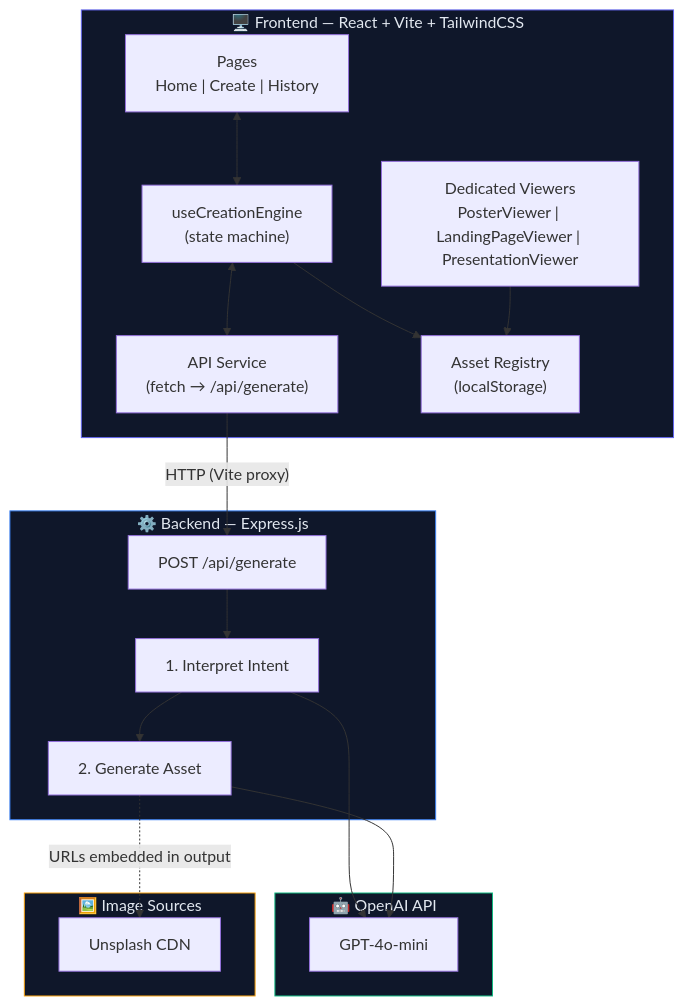
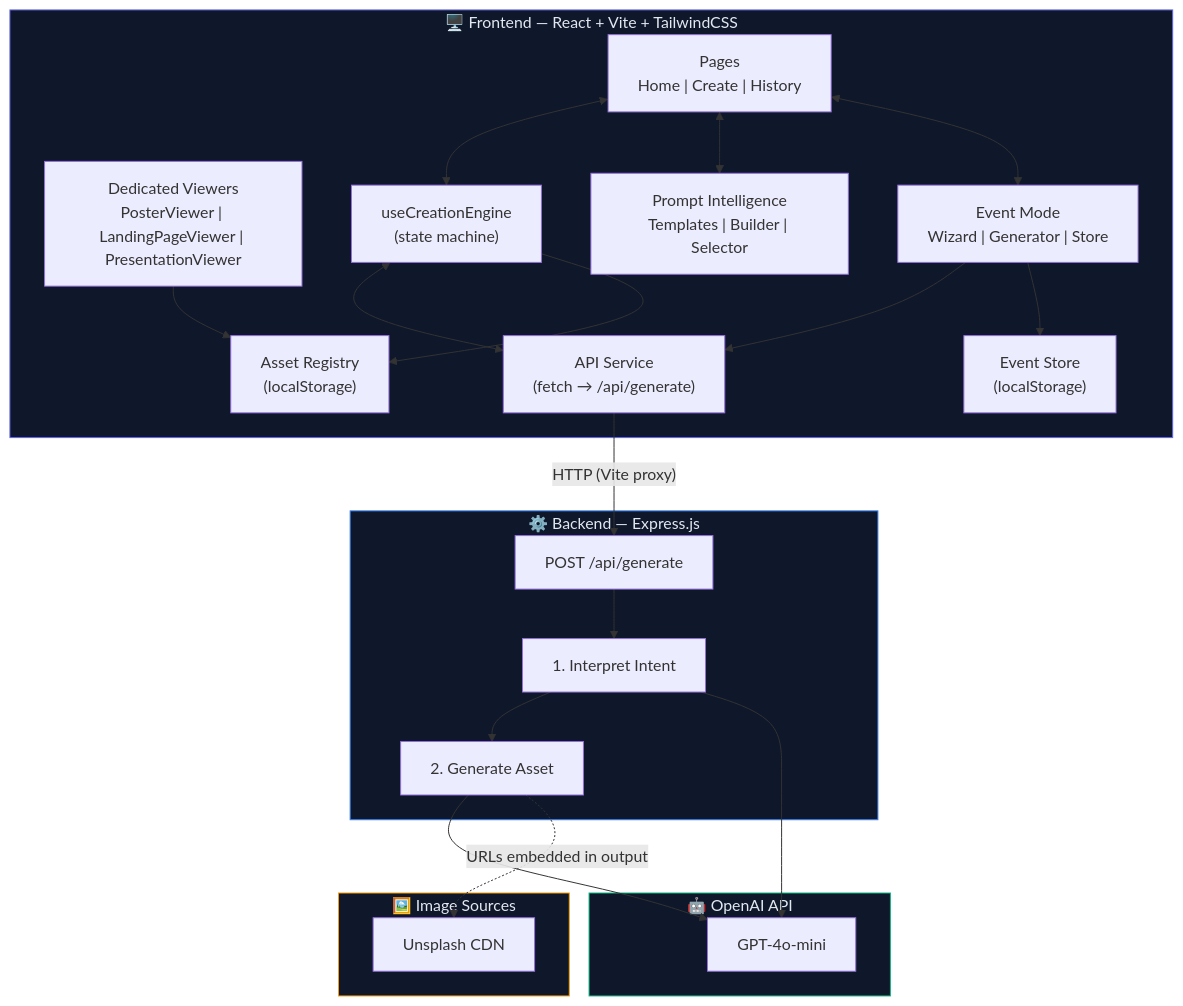
The fifth of 7 diagrams in README.md (nitinog10/Campus-Os), drawn with Mermaid before and after one commit. The commit also changed other lines of this file, not shown here.

````diff
--- a/README.md
+++ b/README.md
@@ -201,42 +226,49 @@
 ```mermaid
 graph TB
     subgraph Client["🖥️ Frontend — React + Vite + TailwindCSS"]
         Pages["Pages\nHome | Create | History"]
         Viewers["Dedicated Viewers\nPosterViewer | LandingPageViewer | PresentationViewer"]
+        PromptIntel["Prompt Intelligence\nTemplates | Builder | Selector"]
+        EventMode["Event Mode\nWizard | Generator | Store"]
         Hook["useCreationEngine\n(state machine)"]
         APIClient["API Service\n(fetch → /api/generate)"]
         Registry["Asset Registry\n(localStorage)"]
+        EventStore["Event Store\n(localStorage)"]
         
         Pages <--> Hook
+        Pages <--> PromptIntel
+        Pages <--> EventMode
         Hook <--> APIClient
         Hook --> Registry
+        EventMode --> APIClient
+        EventMode --> EventStore
         Viewers --> Registry
     end
     
     subgraph Server["⚙️ Backend — Express.js"]
         Router["POST /api/generate"]
         IntentStep["1. Interpret Intent"]
         GenStep["2. Generate Asset"]
         
         Router --> IntentStep
         IntentStep --> GenStep
     end
     
     subgraph AI["🤖 OpenAI API"]
         GPT["GPT-4o-mini"]
     end
     
     subgraph Images["🖼️ Image Sources"]
         Unsplash["Unsplash CDN"]
     end
     
     APIClient -->|"HTTP (Vite proxy)"| Router
     IntentStep --> GPT
     GenStep --> GPT
     GenStep -.->|"URLs embedded in output"| Unsplash
     
     style Client fill:#0f172a,stroke:#6366f1,color:#e2e8f0
     style Server fill:#0f172a,stroke:#3b82f6,color:#e2e8f0
     style AI fill:#0f172a,stroke:#10b981,color:#e2e8f0
     style Images fill:#0f172a,stroke:#f59e0b,color:#e2e8f0
 ```
````
